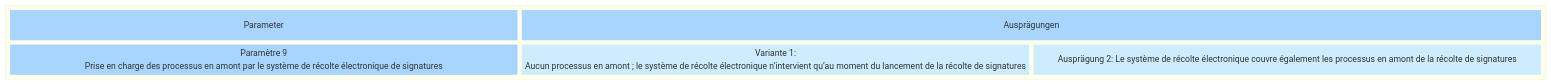
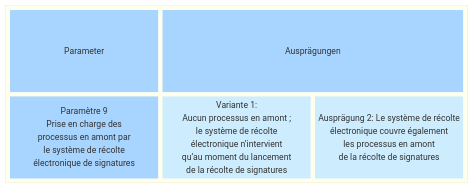
The first of 2 diagrams in docs/morphological-box/parameter-9.md (swiss/e-collecting), drawn with Mermaid before and after one commit.

````diff
--- a/docs/morphological-box/parameter-9.md
+++ b/docs/morphological-box/parameter-9.md
@@ -11,18 +11,28 @@
 ```mermaid
 block
   block
     columns 3
     t1["Parameter"]
     t2["Ausprägungen"]:2
     d["Paramètre 9
-      Prise en charge des processus en amont par le système de récolte électronique de signatures"]
+      Prise en charge des
+      processus en amont par
+      le système de récolte
+      électronique de signatures"]
     a1["Variante 1:
-      Aucun processus en amont ; le système de récolte électronique n’intervient qu’au moment du lancement de la récolte de signatures"]
-    a2["Ausprägung 2: Le système de récolte électronique couvre également les processus en amont de la récolte de signatures"]
+      Aucun processus en amont ;
+      le système de récolte
+    électronique n’intervient
+    qu’au moment du lancement
+    de la récolte de signatures"]
+    a2["Ausprägung 2: Le système de récolte
+    électronique couvre également
+    les processus en amont
+    de la récolte de signatures"]
     style t1 fill:#a8d5ff,stroke-width:0px
     style t2 fill:#a8d5ff,stroke-width:0px
     style d fill:#a8d5ff,stroke-width:0px,text-valign:top
     style a1 fill:#cdedff,stroke-width:0px
     style a2 fill:#cdedff,stroke-width:0px
   end
 ```
````
